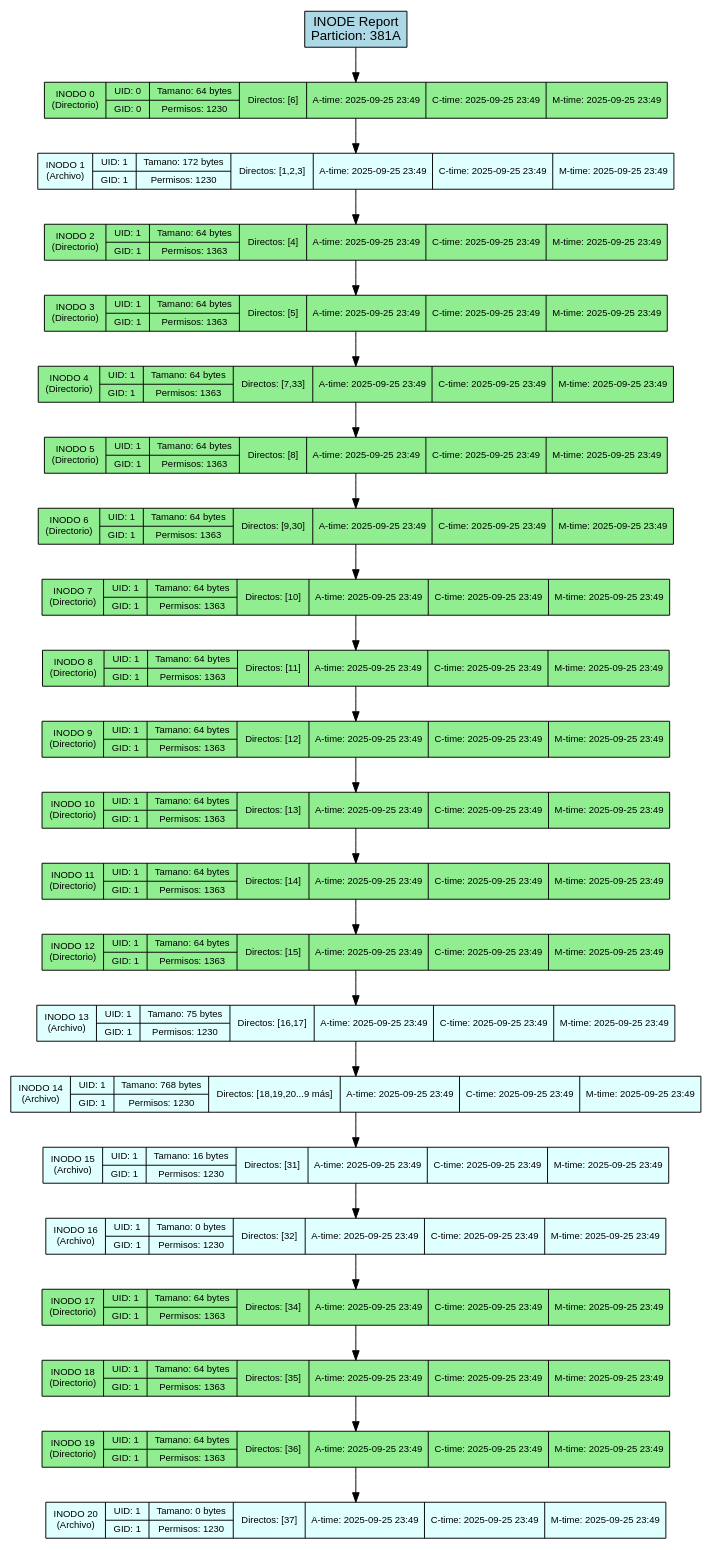
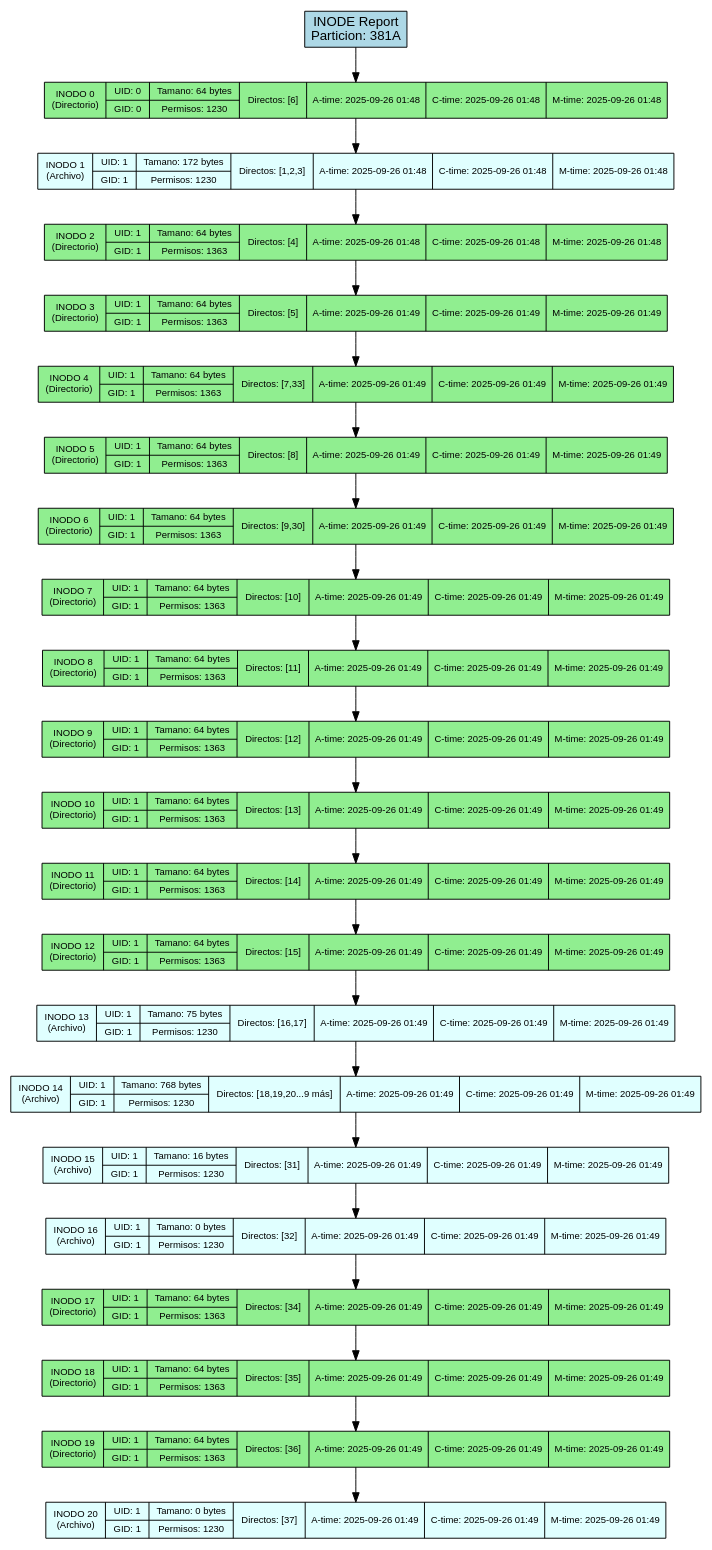
The diagram in backend/provider/reports/src/inode_381A.dot (DiegVas/MIA_2S2025_P2_202300638), drawn with Graphviz before and after one commit. The commit also changed 15 other files, not shown here.

```diff
--- a/backend/provider/reports/src/inode_381A.dot
+++ b/backend/provider/reports/src/inode_381A.dot
@@ -1,54 +1,54 @@
 digraph Inode_Report {
     rankdir=TB;
     node [shape=record, style=filled];
     graph [fontname="Arial", fontsize=12];
     node [fontname="Arial", fontsize=10];
     edge [fontname="Arial"];
 
     title [label="INODE Report\nParticion: 381A", fillcolor=lightblue, fontsize=14];
 
-    inode_0 [label="INODO 0\n(Directorio)|{UID: 0 | GID: 0}|{Tamano: 64 bytes | Permisos: 1230}|{Directos: [6]}|{A-time: 2025-09-25 23:49}|{C-time: 2025-09-25 23:49}|{M-time: 2025-09-25 23:49}", fillcolor=lightgreen];
-    inode_1 [label="INODO 1\n(Archivo)|{UID: 1 | GID: 1}|{Tamano: 172 bytes | Permisos: 1230}|{Directos: [1,2,3]}|{A-time: 2025-09-25 23:49}|{C-time: 2025-09-25 23:49}|{M-time: 2025-09-25 23:49}", fillcolor=lightcyan];
-    inode_2 [label="INODO 2\n(Directorio)|{UID: 1 | GID: 1}|{Tamano: 64 bytes | Permisos: 1363}|{Directos: [4]}|{A-time: 2025-09-25 23:49}|{C-time: 2025-09-25 23:49}|{M-time: 2025-09-25 23:49}", fillcolor=lightgreen];
-    inode_3 [label="INODO 3\n(Directorio)|{UID: 1 | GID: 1}|{Tamano: 64 bytes | Permisos: 1363}|{Directos: [5]}|{A-time: 2025-09-25 23:49}|{C-time: 2025-09-25 23:49}|{M-time: 2025-09-25 23:49}", fillcolor=lightgreen];
-    inode_4 [label="INODO 4\n(Directorio)|{UID: 1 | GID: 1}|{Tamano: 64 bytes | Permisos: 1363}|{Directos: [7,33]}|{A-time: 2025-09-25 23:49}|{C-time: 2025-09-25 23:49}|{M-time: 2025-09-25 23:49}", fillcolor=lightgreen];
-    inode_5 [label="INODO 5\n(Directorio)|{UID: 1 | GID: 1}|{Tamano: 64 bytes | Permisos: 1363}|{Directos: [8]}|{A-time: 2025-09-25 23:49}|{C-time: 2025-09-25 23:49}|{M-time: 2025-09-25 23:49}", fillcolor=lightgreen];
-    inode_6 [label="INODO 6\n(Directorio)|{UID: 1 | GID: 1}|{Tamano: 64 bytes | Permisos: 1363}|{Directos: [9,30]}|{A-time: 2025-09-25 23:49}|{C-time: 2025-09-25 23:49}|{M-time: 2025-09-25 23:49}", fillcolor=lightgreen];
-    inode_7 [label="INODO 7\n(Directorio)|{UID: 1 | GID: 1}|{Tamano: 64 bytes | Permisos: 1363}|{Directos: [10]}|{A-time: 2025-09-25 23:49}|{C-time: 2025-09-25 23:49}|{M-time: 2025-09-25 23:49}", fillcolor=lightgreen];
-    inode_8 [label="INODO 8\n(Directorio)|{UID: 1 | GID: 1}|{Tamano: 64 bytes | Permisos: 1363}|{Directos: [11]}|{A-time: 2025-09-25 23:49}|{C-time: 2025-09-25 23:49}|{M-time: 2025-09-25 23:49}", fillcolor=lightgreen];
-    inode_9 [label="INODO 9\n(Directorio)|{UID: 1 | GID: 1}|{Tamano: 64 bytes | Permisos: 1363}|{Directos: [12]}|{A-time: 2025-09-25 23:49}|{C-time: 2025-09-25 23:49}|{M-time: 2025-09-25 23:49}", fillcolor=lightgreen];
-    inode_10 [label="INODO 10\n(Directorio)|{UID: 1 | GID: 1}|{Tamano: 64 bytes | Permisos: 1363}|{Directos: [13]}|{A-time: 2025-09-25 23:49}|{C-time: 2025-09-25 23:49}|{M-time: 2025-09-25 23:49}", fillcolor=lightgreen];
-    inode_11 [label="INODO 11\n(Directorio)|{UID: 1 | GID: 1}|{Tamano: 64 bytes | Permisos: 1363}|{Directos: [14]}|{A-time: 2025-09-25 23:49}|{C-time: 2025-09-25 23:49}|{M-time: 2025-09-25 23:49}", fillcolor=lightgreen];
-    inode_12 [label="INODO 12\n(Directorio)|{UID: 1 | GID: 1}|{Tamano: 64 bytes | Permisos: 1363}|{Directos: [15]}|{A-time: 2025-09-25 23:49}|{C-time: 2025-09-25 23:49}|{M-time: 2025-09-25 23:49}", fillcolor=lightgreen];
-    inode_13 [label="INODO 13\n(Archivo)|{UID: 1 | GID: 1}|{Tamano: 75 bytes | Permisos: 1230}|{Directos: [16,17]}|{A-time: 2025-09-25 23:49}|{C-time: 2025-09-25 23:49}|{M-time: 2025-09-25 23:49}", fillcolor=lightcyan];
-    inode_14 [label="INODO 14\n(Archivo)|{UID: 1 | GID: 1}|{Tamano: 768 bytes | Permisos: 1230}|{Directos: [18,19,20...9 más]}|{A-time: 2025-09-25 23:49}|{C-time: 2025-09-25 23:49}|{M-time: 2025-09-25 23:49}", fillcolor=lightcyan];
-    inode_15 [label="INODO 15\n(Archivo)|{UID: 1 | GID: 1}|{Tamano: 16 bytes | Permisos: 1230}|{Directos: [31]}|{A-time: 2025-09-25 23:49}|{C-time: 2025-09-25 23:49}|{M-time: 2025-09-25 23:49}", fillcolor=lightcyan];
-    inode_16 [label="INODO 16\n(Archivo)|{UID: 1 | GID: 1}|{Tamano: 0 bytes | Permisos: 1230}|{Directos: [32]}|{A-time: 2025-09-25 23:49}|{C-time: 2025-09-25 23:49}|{M-time: 2025-09-25 23:49}", fillcolor=lightcyan];
-    inode_17 [label="INODO 17\n(Directorio)|{UID: 1 | GID: 1}|{Tamano: 64 bytes | Permisos: 1363}|{Directos: [34]}|{A-time: 2025-09-25 23:49}|{C-time: 2025-09-25 23:49}|{M-time: 2025-09-25 23:49}", fillcolor=lightgreen];
-    inode_18 [label="INODO 18\n(Directorio)|{UID: 1 | GID: 1}|{Tamano: 64 bytes | Permisos: 1363}|{Directos: [35]}|{A-time: 2025-09-25 23:49}|{C-time: 2025-09-25 23:49}|{M-time: 2025-09-25 23:49}", fillcolor=lightgreen];
-    inode_19 [label="INODO 19\n(Directorio)|{UID: 1 | GID: 1}|{Tamano: 64 bytes | Permisos: 1363}|{Directos: [36]}|{A-time: 2025-09-25 23:49}|{C-time: 2025-09-25 23:49}|{M-time: 2025-09-25 23:49}", fillcolor=lightgreen];
-    inode_20 [label="INODO 20\n(Archivo)|{UID: 1 | GID: 1}|{Tamano: 0 bytes | Permisos: 1230}|{Directos: [37]}|{A-time: 2025-09-25 23:49}|{C-time: 2025-09-25 23:49}|{M-time: 2025-09-25 23:49}", fillcolor=lightcyan];
+    inode_0 [label="INODO 0\n(Directorio)|{UID: 0 | GID: 0}|{Tamano: 64 bytes | Permisos: 1230}|{Directos: [6]}|{A-time: 2025-09-26 01:48}|{C-time: 2025-09-26 01:48}|{M-time: 2025-09-26 01:48}", fillcolor=lightgreen];
+    inode_1 [label="INODO 1\n(Archivo)|{UID: 1 | GID: 1}|{Tamano: 172 bytes | Permisos: 1230}|{Directos: [1,2,3]}|{A-time: 2025-09-26 01:48}|{C-time: 2025-09-26 01:48}|{M-time: 2025-09-26 01:48}", fillcolor=lightcyan];
+    inode_2 [label="INODO 2\n(Directorio)|{UID: 1 | GID: 1}|{Tamano: 64 bytes | Permisos: 1363}|{Directos: [4]}|{A-time: 2025-09-26 01:48}|{C-time: 2025-09-26 01:48}|{M-time: 2025-09-26 01:48}", fillcolor=lightgreen];
+    inode_3 [label="INODO 3\n(Directorio)|{UID: 1 | GID: 1}|{Tamano: 64 bytes | Permisos: 1363}|{Directos: [5]}|{A-time: 2025-09-26 01:49}|{C-time: 2025-09-26 01:49}|{M-time: 2025-09-26 01:49}", fillcolor=lightgreen];
+    inode_4 [label="INODO 4\n(Directorio)|{UID: 1 | GID: 1}|{Tamano: 64 bytes | Permisos: 1363}|{Directos: [7,33]}|{A-time: 2025-09-26 01:49}|{C-time: 2025-09-26 01:49}|{M-time: 2025-09-26 01:49}", fillcolor=lightgreen];
+    inode_5 [label="INODO 5\n(Directorio)|{UID: 1 | GID: 1}|{Tamano: 64 bytes | Permisos: 1363}|{Directos: [8]}|{A-time: 2025-09-26 01:49}|{C-time: 2025-09-26 01:49}|{M-time: 2025-09-26 01:49}", fillcolor=lightgreen];
+    inode_6 [label="INODO 6\n(Directorio)|{UID: 1 | GID: 1}|{Tamano: 64 bytes | Permisos: 1363}|{Directos: [9,30]}|{A-time: 2025-09-26 01:49}|{C-time: 2025-09-26 01:49}|{M-time: 2025-09-26 01:49}", fillcolor=lightgreen];
+    inode_7 [label="INODO 7\n(Directorio)|{UID: 1 | GID: 1}|{Tamano: 64 bytes | Permisos: 1363}|{Directos: [10]}|{A-time: 2025-09-26 01:49}|{C-time: 2025-09-26 01:49}|{M-time: 2025-09-26 01:49}", fillcolor=lightgreen];
+    inode_8 [label="INODO 8\n(Directorio)|{UID: 1 | GID: 1}|{Tamano: 64 bytes | Permisos: 1363}|{Directos: [11]}|{A-time: 2025-09-26 01:49}|{C-time: 2025-09-26 01:49}|{M-time: 2025-09-26 01:49}", fillcolor=lightgreen];
+    inode_9 [label="INODO 9\n(Directorio)|{UID: 1 | GID: 1}|{Tamano: 64 bytes | Permisos: 1363}|{Directos: [12]}|{A-time: 2025-09-26 01:49}|{C-time: 2025-09-26 01:49}|{M-time: 2025-09-26 01:49}", fillcolor=lightgreen];
+    inode_10 [label="INODO 10\n(Directorio)|{UID: 1 | GID: 1}|{Tamano: 64 bytes | Permisos: 1363}|{Directos: [13]}|{A-time: 2025-09-26 01:49}|{C-time: 2025-09-26 01:49}|{M-time: 2025-09-26 01:49}", fillcolor=lightgreen];
+    inode_11 [label="INODO 11\n(Directorio)|{UID: 1 | GID: 1}|{Tamano: 64 bytes | Permisos: 1363}|{Directos: [14]}|{A-time: 2025-09-26 01:49}|{C-time: 2025-09-26 01:49}|{M-time: 2025-09-26 01:49}", fillcolor=lightgreen];
+    inode_12 [label="INODO 12\n(Directorio)|{UID: 1 | GID: 1}|{Tamano: 64 bytes | Permisos: 1363}|{Directos: [15]}|{A-time: 2025-09-26 01:49}|{C-time: 2025-09-26 01:49}|{M-time: 2025-09-26 01:49}", fillcolor=lightgreen];
+    inode_13 [label="INODO 13\n(Archivo)|{UID: 1 | GID: 1}|{Tamano: 75 bytes | Permisos: 1230}|{Directos: [16,17]}|{A-time: 2025-09-26 01:49}|{C-time: 2025-09-26 01:49}|{M-time: 2025-09-26 01:49}", fillcolor=lightcyan];
+    inode_14 [label="INODO 14\n(Archivo)|{UID: 1 | GID: 1}|{Tamano: 768 bytes | Permisos: 1230}|{Directos: [18,19,20...9 más]}|{A-time: 2025-09-26 01:49}|{C-time: 2025-09-26 01:49}|{M-time: 2025-09-26 01:49}", fillcolor=lightcyan];
+    inode_15 [label="INODO 15\n(Archivo)|{UID: 1 | GID: 1}|{Tamano: 16 bytes | Permisos: 1230}|{Directos: [31]}|{A-time: 2025-09-26 01:49}|{C-time: 2025-09-26 01:49}|{M-time: 2025-09-26 01:49}", fillcolor=lightcyan];
+    inode_16 [label="INODO 16\n(Archivo)|{UID: 1 | GID: 1}|{Tamano: 0 bytes | Permisos: 1230}|{Directos: [32]}|{A-time: 2025-09-26 01:49}|{C-time: 2025-09-26 01:49}|{M-time: 2025-09-26 01:49}", fillcolor=lightcyan];
+    inode_17 [label="INODO 17\n(Directorio)|{UID: 1 | GID: 1}|{Tamano: 64 bytes | Permisos: 1363}|{Directos: [34]}|{A-time: 2025-09-26 01:49}|{C-time: 2025-09-26 01:49}|{M-time: 2025-09-26 01:49}", fillcolor=lightgreen];
+    inode_18 [label="INODO 18\n(Directorio)|{UID: 1 | GID: 1}|{Tamano: 64 bytes | Permisos: 1363}|{Directos: [35]}|{A-time: 2025-09-26 01:49}|{C-time: 2025-09-26 01:49}|{M-time: 2025-09-26 01:49}", fillcolor=lightgreen];
+    inode_19 [label="INODO 19\n(Directorio)|{UID: 1 | GID: 1}|{Tamano: 64 bytes | Permisos: 1363}|{Directos: [36]}|{A-time: 2025-09-26 01:49}|{C-time: 2025-09-26 01:49}|{M-time: 2025-09-26 01:49}", fillcolor=lightgreen];
+    inode_20 [label="INODO 20\n(Archivo)|{UID: 1 | GID: 1}|{Tamano: 0 bytes | Permisos: 1230}|{Directos: [37]}|{A-time: 2025-09-26 01:49}|{C-time: 2025-09-26 01:49}|{M-time: 2025-09-26 01:49}", fillcolor=lightcyan];
 
     // Conexiones de la lista enlazada
     title -> inode_0;
     inode_0 -> inode_1;
     inode_1 -> inode_2;
     inode_2 -> inode_3;
     inode_3 -> inode_4;
     inode_4 -> inode_5;
     inode_5 -> inode_6;
     inode_6 -> inode_7;
     inode_7 -> inode_8;
     inode_8 -> inode_9;
     inode_9 -> inode_10;
     inode_10 -> inode_11;
     inode_11 -> inode_12;
     inode_12 -> inode_13;
     inode_13 -> inode_14;
     inode_14 -> inode_15;
     inode_15 -> inode_16;
     inode_16 -> inode_17;
     inode_17 -> inode_18;
     inode_18 -> inode_19;
     inode_19 -> inode_20;
 }
```
